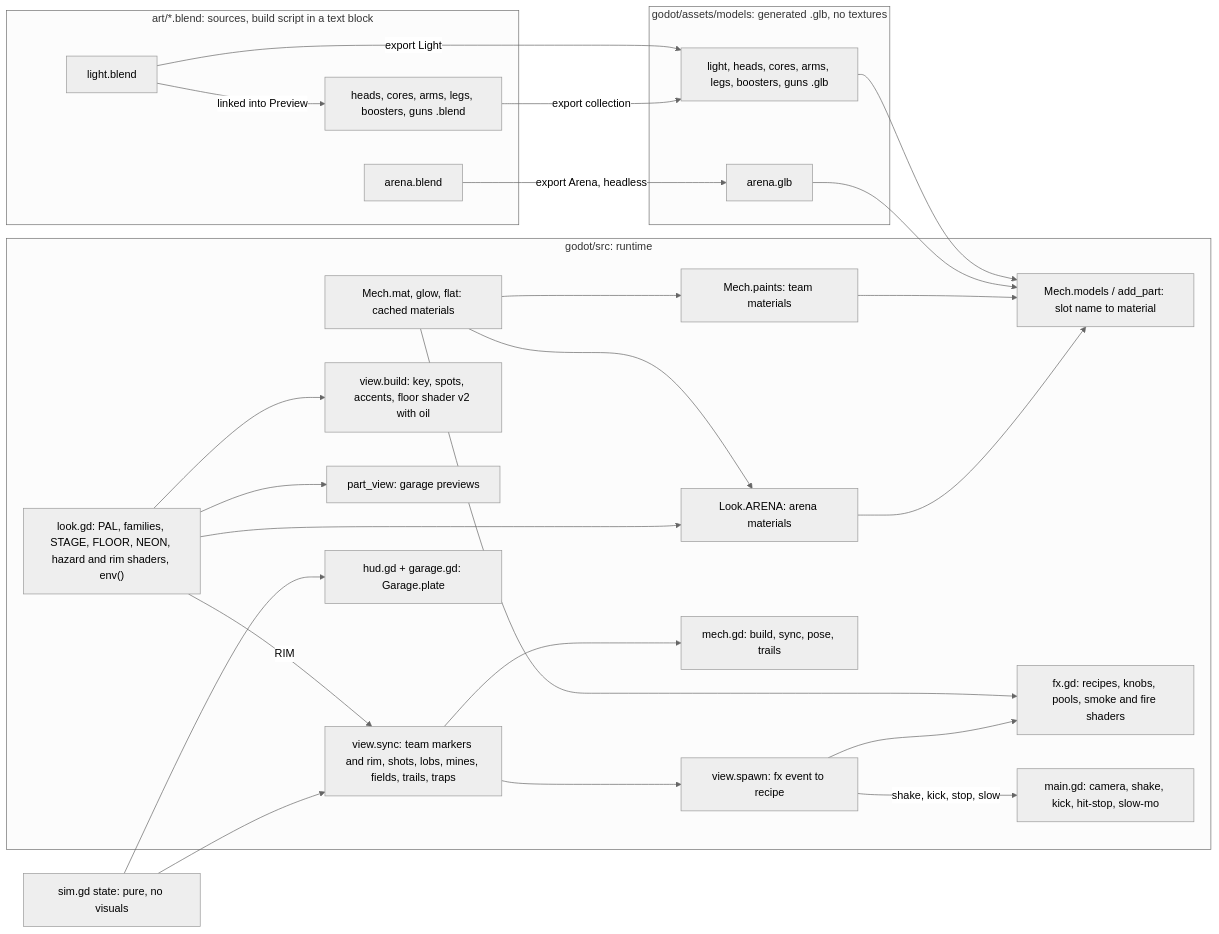
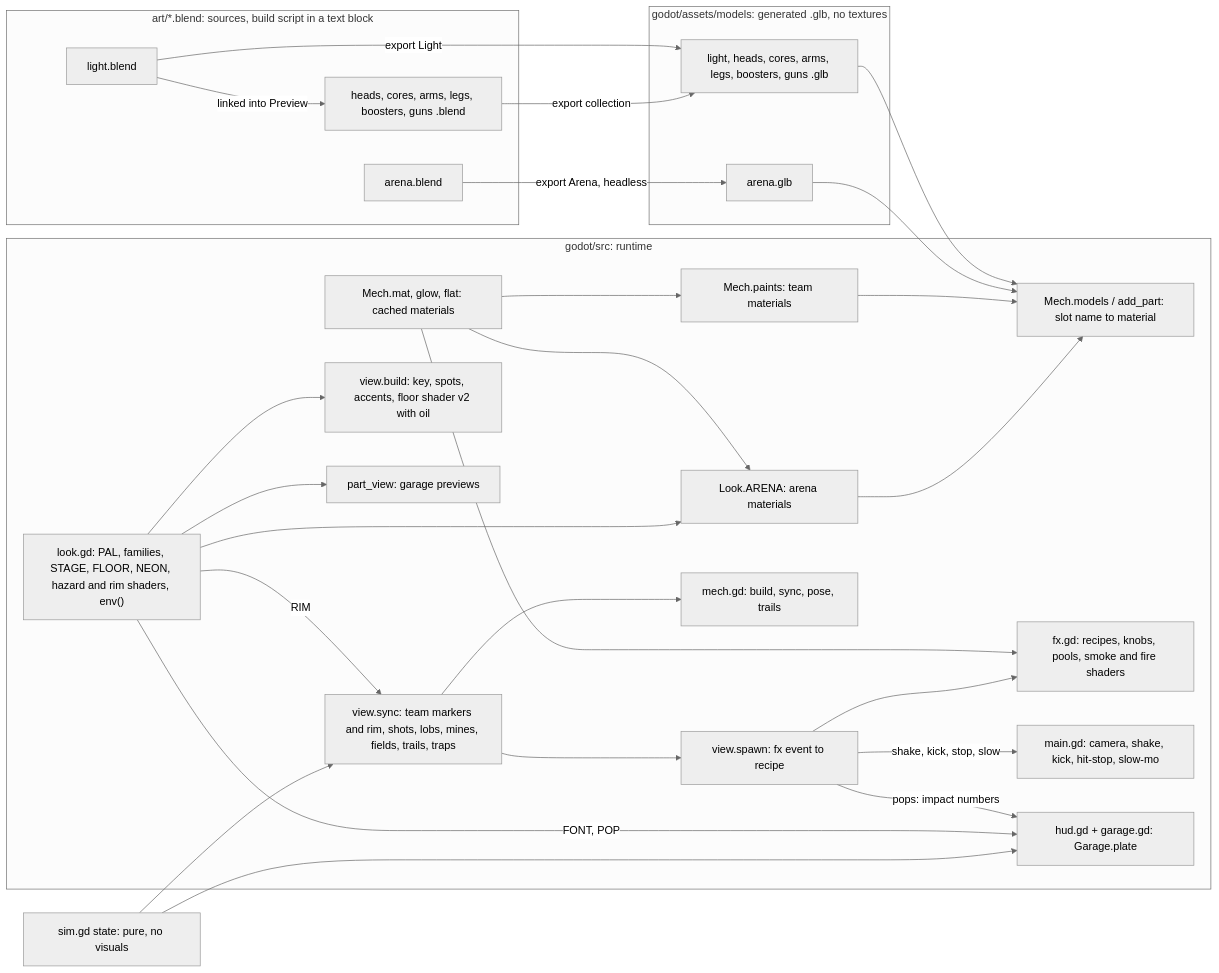
One commit to Vegm92/mech-duel changed the diagram in docs/visual-architecture.md. Above: the diagram before and after it, drawn with Mermaid (neutral theme). The commit also changed other lines of this file and 4 other files, not shown here.

````diff
--- a/docs/visual-architecture.md
+++ b/docs/visual-architecture.md
@@ -25,48 +26,50 @@
 ```mermaid
 flowchart LR
   subgraph SRC["art/*.blend: sources, build script in a text block"]
     light["light.blend"]
     parts["heads, cores, arms, legs, boosters, guns .blend"]
     arena["arena.blend"]
   end
   subgraph GLB["godot/assets/models: generated .glb, no textures"]
     gmech["light, heads, cores, arms, legs, boosters, guns .glb"]
     garena["arena.glb"]
   end
   light -->|"linked into Preview"| parts
   light -->|"export Light"| gmech
   parts -->|"export collection"| gmech
   arena -->|"export Arena, headless"| garena
   subgraph RT["godot/src: runtime"]
     models["Mech.models / add_part: slot name to material"]
     mat["Mech.mat, glow, flat: cached materials"]
     paints["Mech.paints: team materials"]
     arenam["Look.ARENA: arena materials"]
     look["look.gd: PAL, families, STAGE, FLOOR, NEON, hazard and rim shaders, env()"]
     env["view.build: key, spots, accents, floor shader v2 with oil"]
     pv["part_view: garage previews"]
     mech["mech.gd: build, sync, pose, trails"]
     sync["view.sync: team markers and rim, shots, lobs, mines, fields, trails, traps"]
     spawn["view.spawn: fx event to recipe"]
     fx["fx.gd: recipes, knobs, pools, smoke and fire shaders"]
     cam["main.gd: camera, shake, kick, hit-stop, slow-mo"]
     hud["hud.gd + garage.gd: Garage.plate"]
   end
   gmech --> models
   garena --> models
   mat --> paints
   mat --> arenam
   mat --> fx
   look --> arenam
   look --> env
   look --> pv
   look -->|"RIM"| sync
   paints --> models
   arenam --> models
   sim["sim.gd state: pure, no visuals"] --> sync
   sync --> mech
   sync --> spawn
   spawn --> fx
   spawn -->|"shake, kick, stop, slow"| cam
+  spawn -->|"pops: impact numbers"| hud
+  look -->|"FONT, POP"| hud
   sim --> hud
 ```
````
